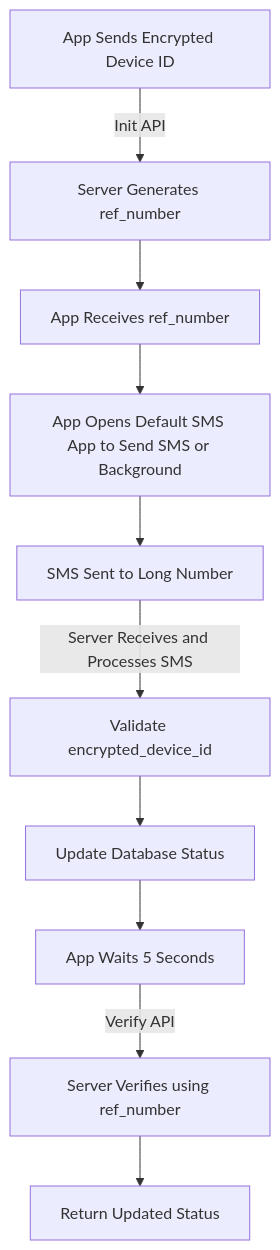
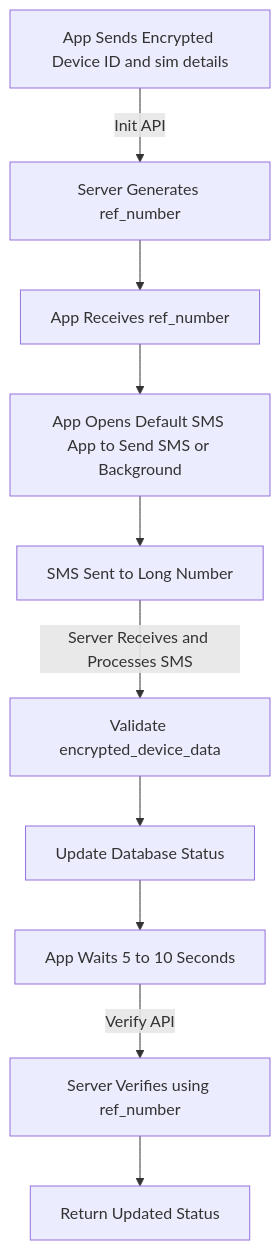
Before and after one commit to sooryaraj/sim_binding_workflow: the diagram in README.md, drawn with Mermaid. The commit also changed other lines of this file, not shown here.

Commit message:
sim detection updated

````diff
--- a/README.md
+++ b/README.md
@@ -129,13 +121,13 @@
 ```mermaid
 graph TD
-    A[App Sends Encrypted Device ID] -->|Init API| B[Server Generates ref_number]
+    A[App Sends Encrypted Device ID and sim details] -->|Init API| B[Server Generates ref_number]
     B --> C[App Receives ref_number]
     C --> D[App Opens Default SMS App to Send SMS or Background]
     D --> E[SMS Sent to Long Number]
-    E -->|Server Receives and Processes SMS| F[Validate encrypted_device_id]
+    E -->|Server Receives and Processes SMS| F[Validate encrypted_device_data]
     F --> G[Update Database Status]
-    G --> H[App Waits 5 Seconds]
+    G --> H[App Waits 5 to 10 Seconds]
     H -->|Verify API| I[Server Verifies using ref_number]
     I --> J[Return Updated Status]
 
 ```
````
